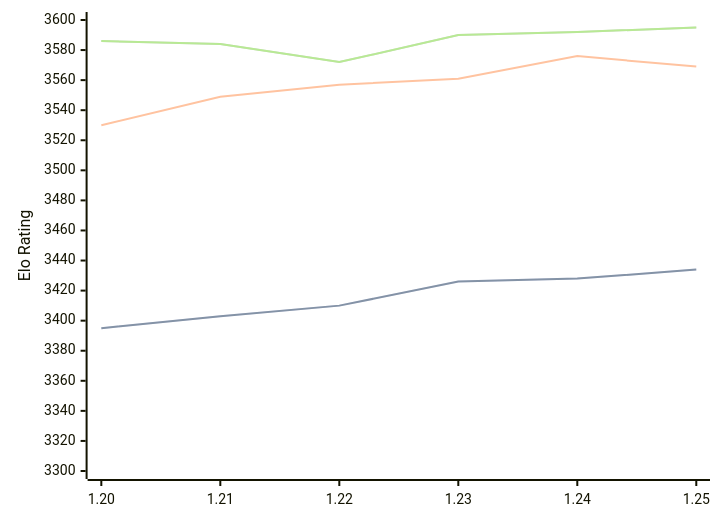
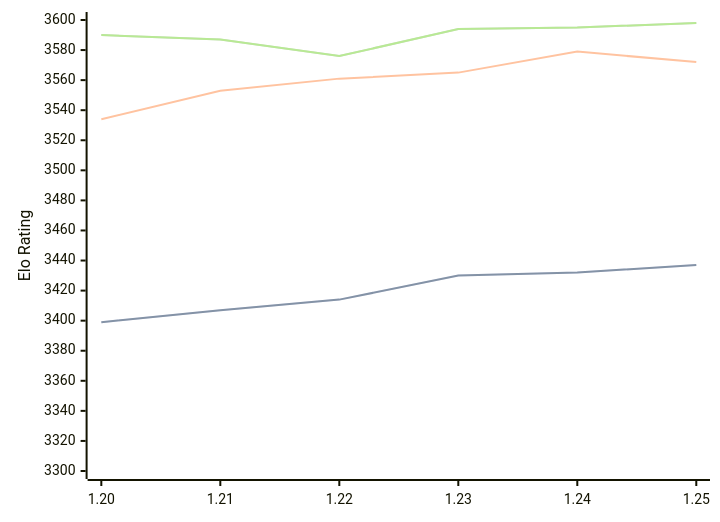
Before and after one commit to computer-chess-index/cci: the diagram in engines/Caissa.md, drawn with Mermaid. The commit also changed other lines of this file, not shown here.

Commit message:
Update CCI Ratings (ELO VLTC) - 2026-05-02

````diff
--- a/engines/Caissa.md
+++ b/engines/Caissa.md
@@ -65,11 +65,11 @@
 ```mermaid
 %%{init: {"theme":"base","themeVariables":{"seriesColors:['#a3a3a3','#222221','#faa371']}}}%%
 xychart-beta
   x-axis ["1.20", "1.21", "1.22", "1.23", "1.24", "1.25"]
   y-axis "Elo Rating" 3300 --> 3600
-  line "STC (8.0+0.08s)" [3395, 3403, 3410, 3426, 3428, 3434]
-  line "STC (8.0+0.08s)" [3395, 3403, 3410, 3426, 3428, 3434]
-  line "LTC (60.0+0.60s)" [3530, 3549, 3557, 3561, 3576, 3569]
-  line "VLTC (2m24s+1.12s)" [3586, 3584, 3572, 3590, 3592, 3595]
-  line "VLTC (2m24s+1.12s)" [3586, 3584, 3572, 3590, 3592, 3595]
+  line "STC (8.0+0.08s)" [3399, 3407, 3414, 3430, 3432, 3437]
+  line "STC (8.0+0.08s)" [3399, 3407, 3414, 3430, 3432, 3437]
+  line "LTC (60.0+0.60s)" [3534, 3553, 3561, 3565, 3579, 3572]
+  line "VLTC (2m24s+1.12s)" [3590, 3587, 3576, 3594, 3595, 3598]
+  line "VLTC (2m24s+1.12s)" [3590, 3587, 3576, 3594, 3595, 3598]
 ```
````
